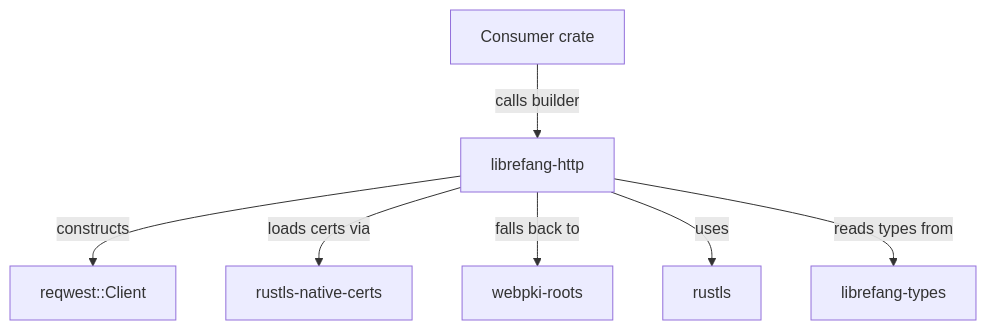
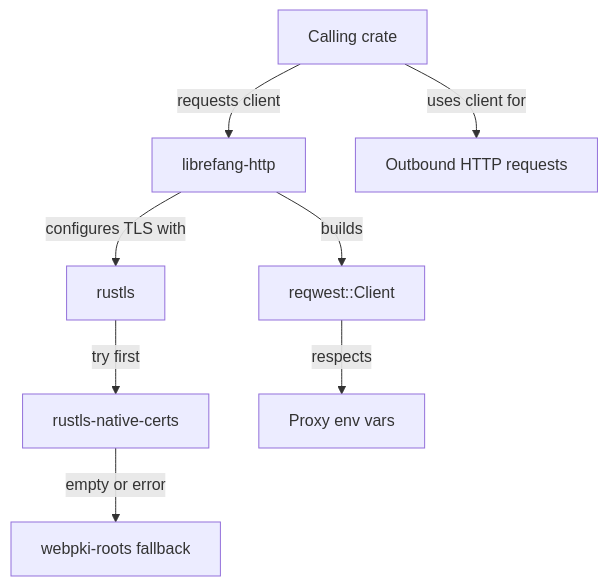
The diagram in other-librefang-http.md (leszek3737/librefang-WIki), drawn with Mermaid before and after one commit. The commit also changed other lines of this file and 99 other files, not shown here.

````diff
--- a/other-librefang-http.md
+++ b/other-librefang-http.md
@@ -13,9 +33,10 @@
 ```mermaid
 graph TD
-    A[Consumer crate] -->|calls builder| B[librefang-http]
-    B -->|constructs| C[reqwest::Client]
-    B -->|loads certs via| D[rustls-native-certs]
-    B -->|falls back to| E[webpki-roots]
-    B -->|uses| F[rustls]
-    B -->|reads types from| G[librefang-types]
+    A[Calling crate] -->|requests client| B[librefang-http]
+    B -->|builds| C[reqwest::Client]
+    B -->|configures TLS with| D[rustls]
+    D -->|try first| E[rustls-native-certs]
+    E -->|empty or error| F[webpki-roots fallback]
+    C -->|respects| G[Proxy env vars]
+    A -->|uses client for| H[Outbound HTTP requests]
 ```
````
